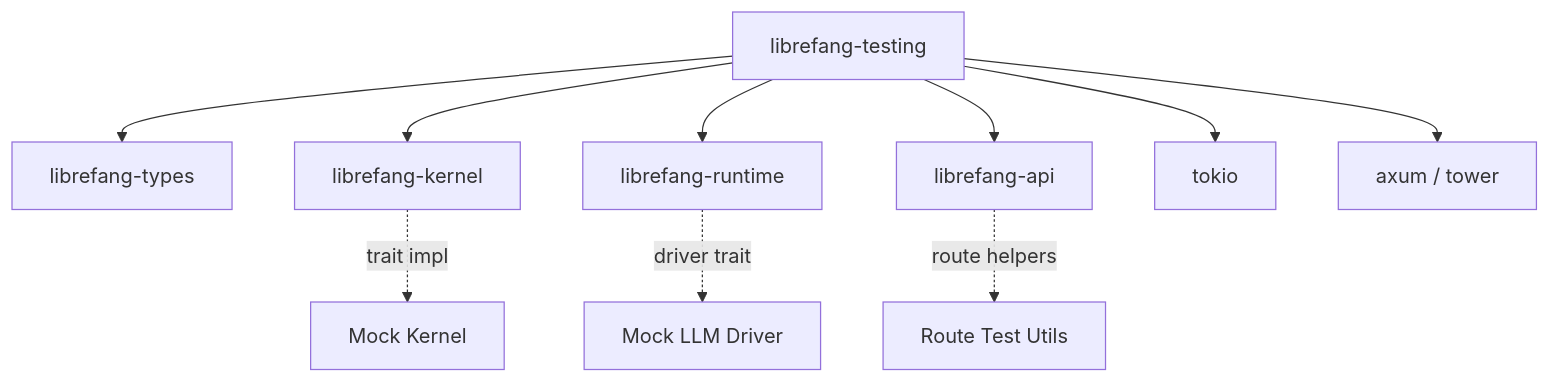
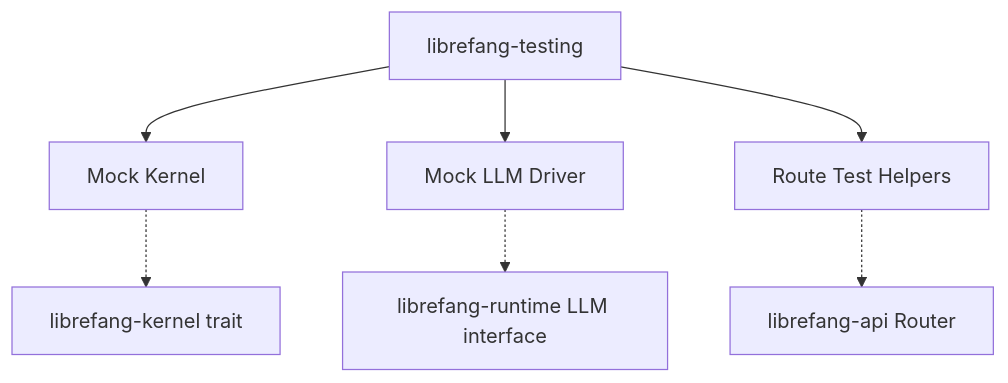
One commit to leszek3737/librefang-WIki changed the diagram in other-librefang-testing.md. Above: the diagram before and after it, drawn with Mermaid. The commit also changed other lines of this file and 94 other files, not shown here.

````diff
--- a/other-librefang-testing.md
+++ b/other-librefang-testing.md
@@ -17,13 +33,9 @@
 ```mermaid
 graph TD
-    TT[librefang-testing] --> LT[librefang-types]
-    TT --> LK[librefang-kernel]
-    TT --> LR[librefang-runtime]
-    TT --> LA[librefang-api]
-    TT --> TOK[tokio]
-    TT --> AXUM[axum / tower]
-    
-    LK -.->|trait impl| MK[Mock Kernel]
-    LA -.->|route helpers| RT[Route Test Utils]
-    LR -.->|driver trait| MD[Mock LLM Driver]
+    T[librefang-testing] --> MK[Mock Kernel]
+    T --> ML[Mock LLM Driver]
+    T --> RT[Route Test Helpers]
+    MK -.-> K[librefang-kernel trait]
+    ML -.-> LR[librefang-runtime LLM interface]
+    RT -.-> A[librefang-api Router]
 ```
````
